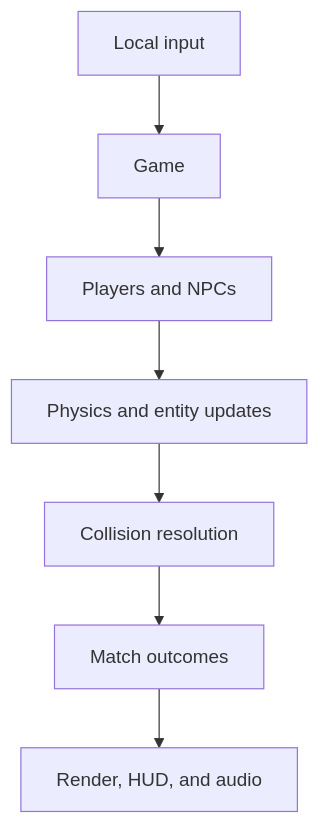
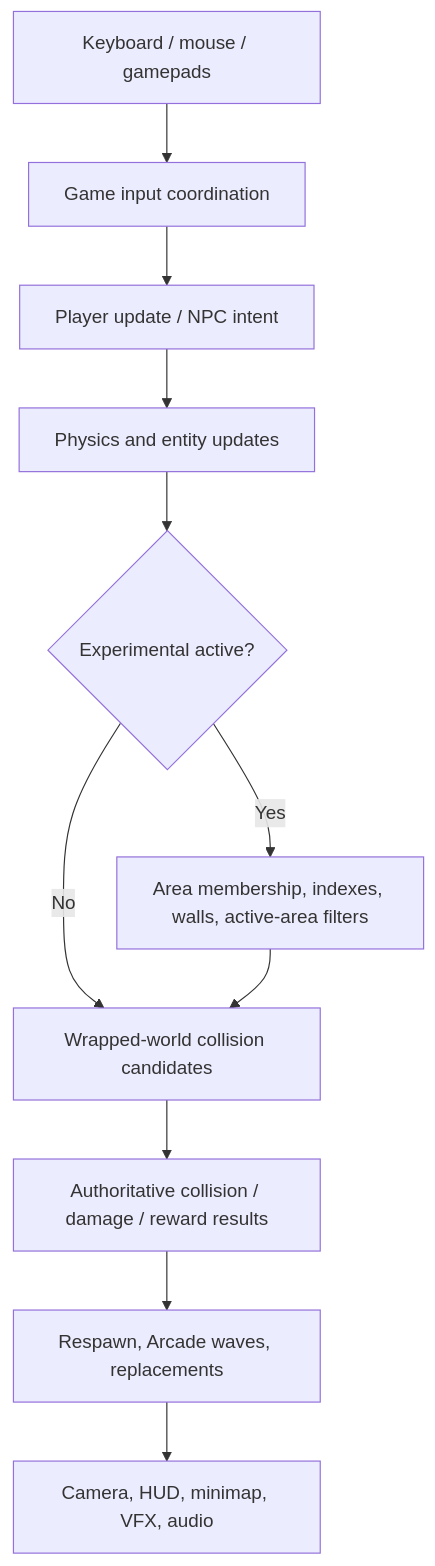
Before and after one commit to Ozwaldo4581/Zorka: the first of 5 diagrams in SYSTEM_INTERACTION_MAP.md, drawn with Mermaid. The commit also changed other lines of this file and 5 other files, not shown here.

````diff
--- a/SYSTEM_INTERACTION_MAP.md
+++ b/SYSTEM_INTERACTION_MAP.md
@@ -7,9 +7,13 @@
 ```mermaid
 flowchart TD
-    A["Local input"] --> B["Game"]
-    B --> C["Players and NPCs"]
+    A["Keyboard / mouse / gamepads"] --> B["Game input coordination"]
+    B --> C["Player update / NPC intent"]
     C --> D["Physics and entity updates"]
-    D --> E["Collision resolution"]
-    E --> F["Match outcomes"]
-    F --> G["Render, HUD, and audio"]
+    D --> E{"Experimental active?"}
+    E -- No --> F["Wrapped-world collision candidates"]
+    E -- Yes --> G["Area membership, indexes, walls, active-area filters"]
+    G --> F
+    F --> H["Authoritative collision / damage / reward results"]
+    H --> I["Respawn, Arcade waves, replacements"]
+    I --> J["Camera, HUD, minimap, VFX, audio"]
 ```
````
